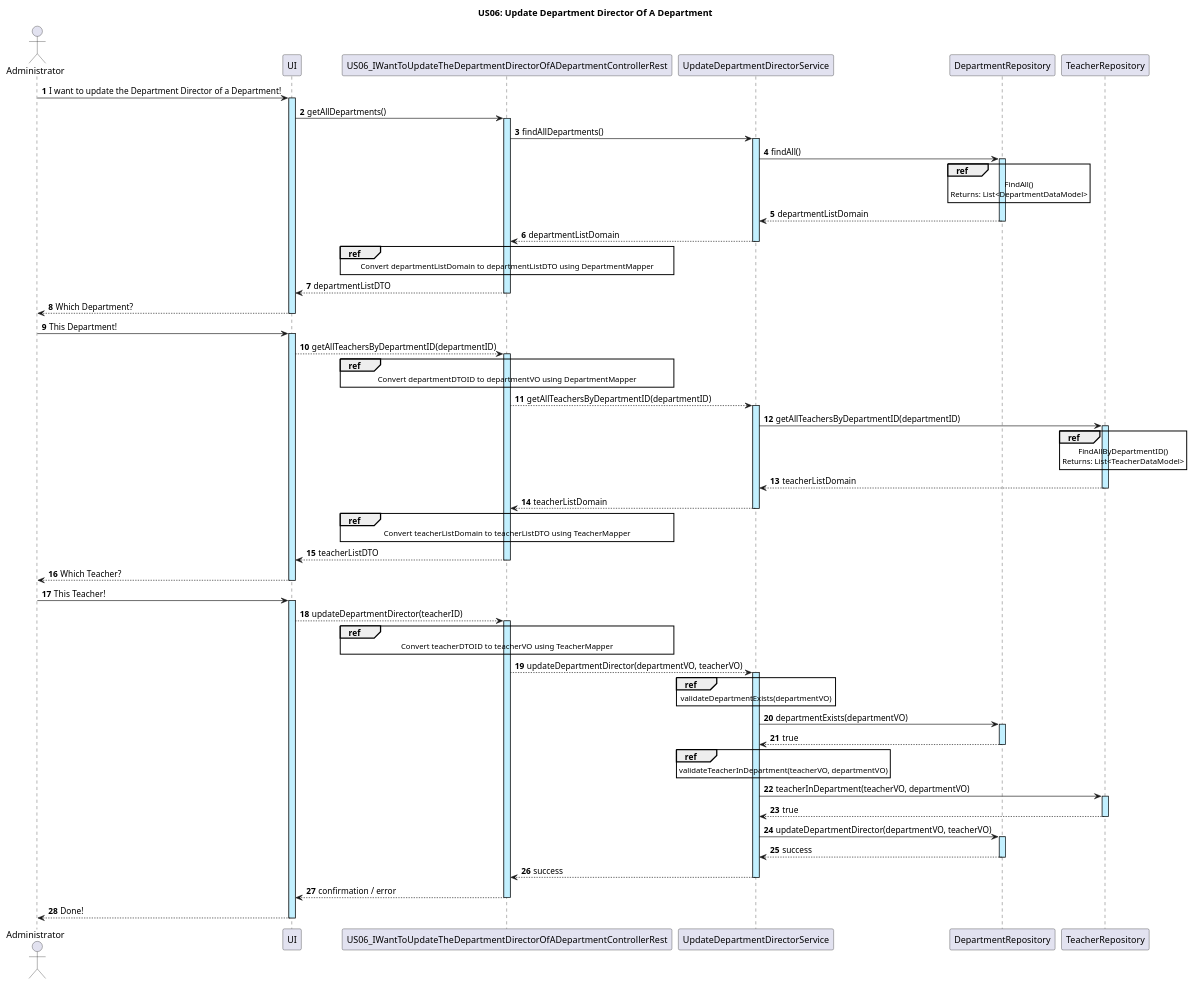
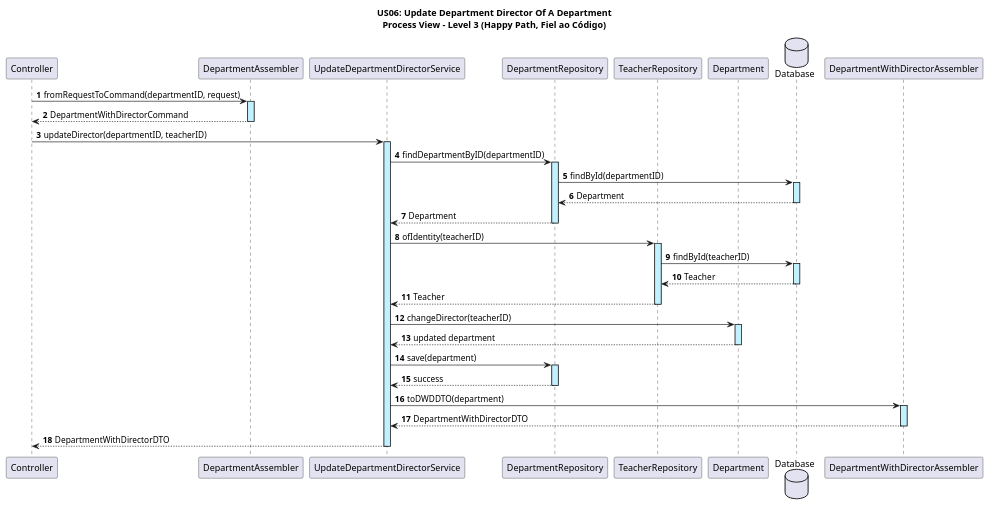
Before and after one commit to GasparISEP/DevOps-PAI: the diagram in docs/US06/ProcessView/US06_ProcessView_Level3.puml, drawn with PlantUML.

Commit message:
refactor: update process diagram level 3 #674

```diff
--- a/docs/US06/ProcessView/US06_ProcessView_Level3.puml
+++ b/docs/US06/ProcessView/US06_ProcessView_Level3.puml
@@ -1,87 +1,42 @@
 @startuml
 autonumber
-title US06: Update Department Director Of A Department
+title US06: Update Department Director Of A Department\nProcess View - Level 3 (Happy Path, Fiel ao Código)
 
-actor "Administrator" as A
-participant UI
-participant "US06_IWantToUpdateTheDepartmentDirectorOfADepartmentControllerRest" as CTRL
+participant "Controller" as CTRL
+participant "DepartmentAssembler" as ASM
 participant "UpdateDepartmentDirectorService" as S
 participant "DepartmentRepository" as DR
 participant "TeacherRepository" as TR
+participant "Department" as D
+database    Database    as DB
+participant "DepartmentWithDirectorAssembler" as DTOASM
 
 skinparam sequenceLifeLineBackgroundColor #application
 
-A -> UI ++ : I want to update the Department Director of a Department!
-UI -> CTRL ++ : getAllDepartments()
-CTRL -> S ++ : findAllDepartments()
-S -> DR ++ : findAll()
+CTRL -> ASM ++ : fromRequestToCommand(departmentID, request)
+ASM --> CTRL -- : DepartmentWithDirectorCommand
 
-ref over DR
-FindAll()
-Returns: List<DepartmentDataModel>
-end ref
+CTRL -> S ++ : updateDirector(departmentID, teacherID)
 
-DR --> S -- : departmentListDomain
-S --> CTRL -- : departmentListDomain
+S -> DR ++ : findDepartmentByID(departmentID)
+DR -> DB ++ : findById(departmentID)
+DB --> DR -- : Department
+DR --> S -- : Department
 
-ref over CTRL
-Convert departmentListDomain to departmentListDTO using DepartmentMapper
-end ref
+S -> TR ++ : ofIdentity(teacherID)
+TR -> DB ++ : findById(teacherID)
+DB --> TR -- : Teacher
+TR --> S -- : Teacher
 
-CTRL --> UI -- : departmentListDTO
-UI --> A -- : Which Department?
-A -> UI ++ : This Department!
+S -> D ++ : changeDirector(teacherID)
+D --> S -- : updated department
 
-UI --> CTRL ++ : getAllTeachersByDepartmentID(departmentID)
+S -> DR ++ : save(department)
+DR --> S -- : success
 
-ref over CTRL
-Convert departmentDTOID to departmentVO using DepartmentMapper
-end ref
+S -> DTOASM ++ : toDWDDTO(department)
+DTOASM --> S -- : DepartmentWithDirectorDTO
 
-CTRL --> S ++ : getAllTeachersByDepartmentID(departmentID)
-S -> TR ++ : getAllTeachersByDepartmentID(departmentID)
-
-ref over TR
-FindAllByDepartmentID()
-Returns: List<TeacherDataModel>
-end ref
-
-TR --> S -- : teacherListDomain
-S --> CTRL -- : teacherListDomain
-
-ref over CTRL
-Convert teacherListDomain to teacherListDTO using TeacherMapper
-end ref
-
-CTRL --> UI -- : teacherListDTO
-UI --> A -- : Which Teacher?
-A -> UI ++ : This Teacher!
-UI --> CTRL ++ : updateDepartmentDirector(teacherID)
-
-ref over CTRL
-Convert teacherDTOID to teacherVO using TeacherMapper
-end ref
-
-CTRL --> S ++ : updateDepartmentDirector(departmentVO, teacherVO)
-
-ref over S
-validateDepartmentExists(departmentVO)
-end ref
-
-S -> DR ++ : departmentExists(departmentVO)
-DR --> S -- : true
-
-ref over S
-validateTeacherInDepartment(teacherVO, departmentVO)
-end ref
-
-S -> TR ++ : teacherInDepartment(teacherVO, departmentVO)
-TR --> S -- : true
-
-S -> DR ++ : updateDepartmentDirector(departmentVO, teacherVO)
-DR --> S -- : success
-S --> CTRL -- : success
-CTRL --> UI -- : confirmation / error
-UI --> A -- : Done!
+S --> CTRL -- : DepartmentWithDirectorDTO
 
 @enduml
```
